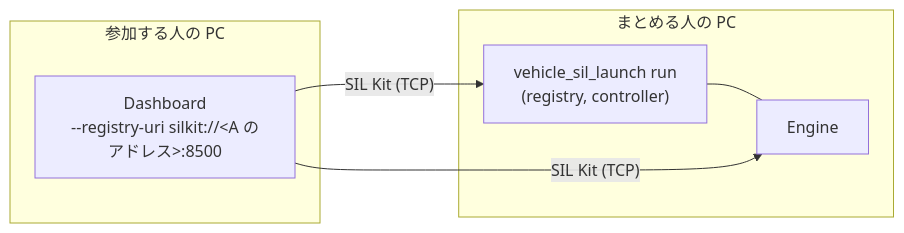
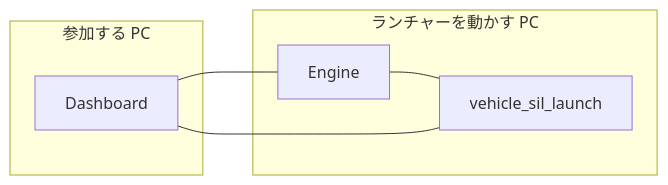
Before and after one commit to rahanahu/vehicle-sil: the diagram in docs/howto/multi-pc.md, drawn with Mermaid. The commit also changed other lines of this file and 6 other files, not shown here.

````diff
--- a/docs/howto/multi-pc.md
+++ b/docs/howto/multi-pc.md
@@ -5,13 +37,13 @@
 ```mermaid
 flowchart LR
-    subgraph A["まとめる人の PC"]
-        launch["vehicle_sil_launch run<br>(registry, controller)"]
+    subgraph A["ランチャーを動かす PC"]
+        launch["vehicle_sil_launch"]
         engine["Engine"]
     end
-    subgraph B["参加する人の PC"]
-        dash["Dashboard<br>--registry-uri silkit://&lt;A のアドレス&gt;:8500"]
+    subgraph B["参加する PC"]
+        dash["Dashboard"]
     end
-    launch --- engine
-    dash -- SIL Kit (TCP) --> launch
-    dash -- SIL Kit (TCP) --> engine
+    engine --- launch
+    dash --- launch
+    dash --- engine
 ```
````
